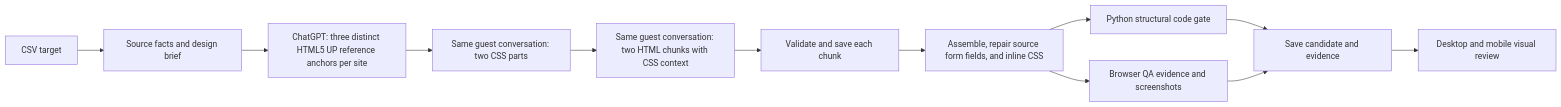
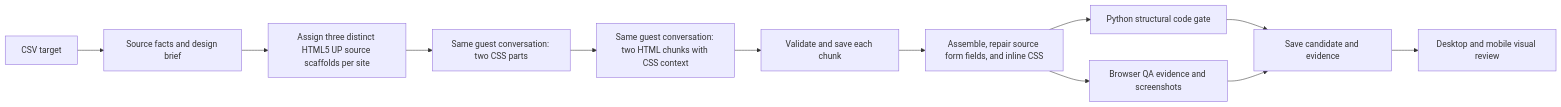
Before and after one commit to hometownredesignsites/git-content: the diagram in chatgpt_automation/README.md, drawn with Mermaid. The commit also changed other lines of this file and 20 other files, not shown here.

Commit message:
Use distinct HTML5 UP source scaffolds

````diff
--- a/chatgpt_automation/README.md
+++ b/chatgpt_automation/README.md
@@ -5,14 +5,14 @@
 ```mermaid
 flowchart LR
   A[CSV target] --> B[Source facts and design brief]
-  B --> C[ChatGPT: three distinct HTML5 UP reference anchors per site]
+  B --> C[Assign three distinct HTML5 UP source scaffolds per site]
   C --> D[Same guest conversation: two CSS parts]
   D --> E[Same guest conversation: two HTML chunks with CSS context]
   E --> F[Validate and save each chunk]
   F --> G[Assemble, repair source form fields, and inline CSS]
   G --> H[Python structural code gate]
   G --> I[Browser QA evidence and screenshots]
   H --> J[Save candidate and evidence]
   I --> J
   J --> K[Desktop and mobile visual review]
 ```
````
